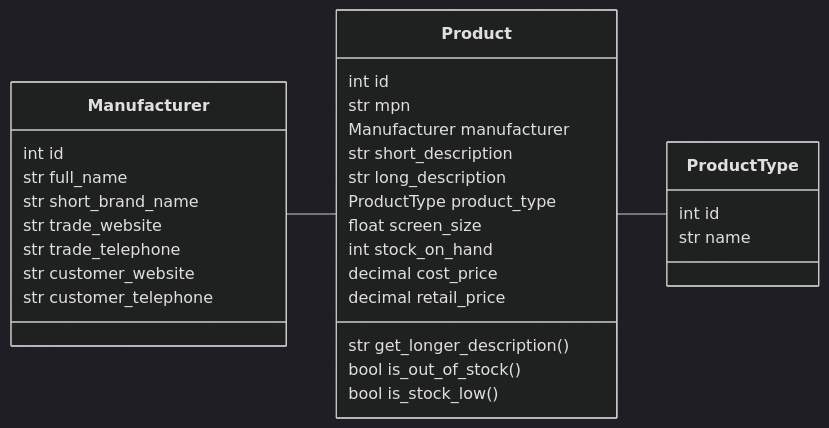
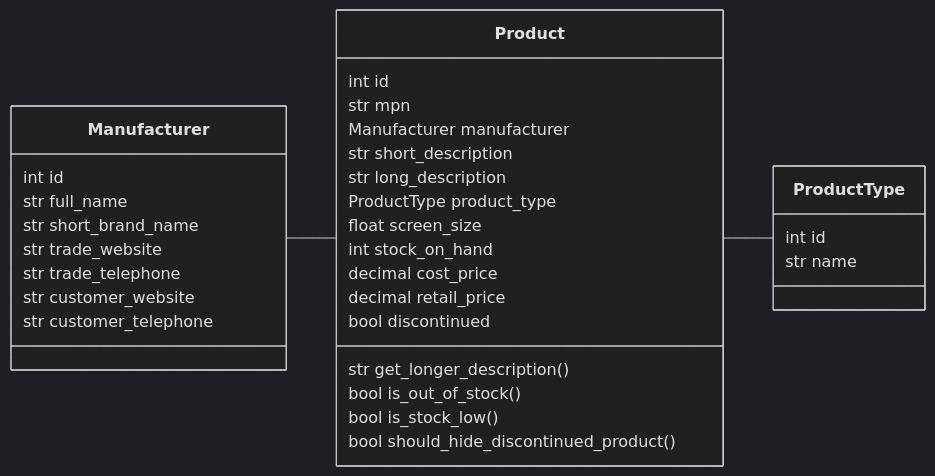
The diagram in design/class_design.md (bsmith/StockReady), drawn with Mermaid (dark theme) before and after one commit.

Commit message:
Add Extension 4 to Class Diagram

````diff
--- a/design/class_design.md
+++ b/design/class_design.md
@@ -5,35 +5,37 @@
 ```mermaid
 classDiagram
     direction LR
     class Manufacturer {
         int id
         str full_name
         str short_brand_name
         str trade_website
         str trade_telephone
         str customer_website
         str customer_telephone
     }
     class Product {
         int id
         str mpn
         Manufacturer manufacturer
         str short_description
         str long_description
         ProductType product_type
         float screen_size
         int stock_on_hand
         decimal cost_price
         decimal retail_price
+        bool discontinued
         str get_longer_description()
         bool is_out_of_stock()
         bool is_stock_low()
+        bool should_hide_discontinued_product()
     }
     class ProductType {
         int id
         str name
     }
     
     Manufacturer -- Product
     Product -- ProductType
 ```
````
